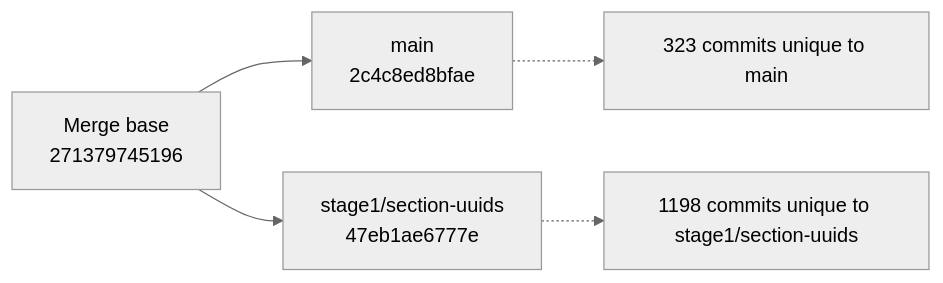
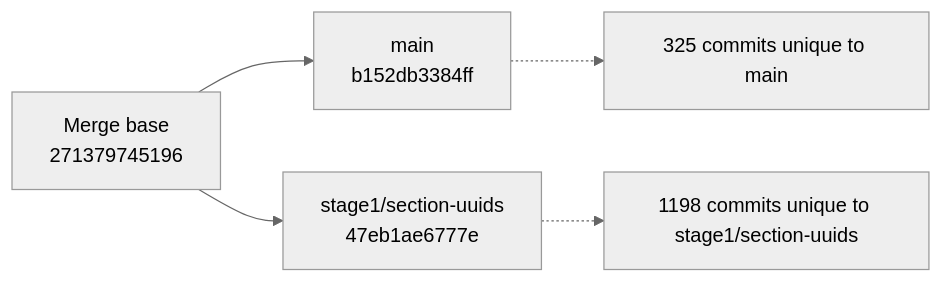
The diagram in branch-graphify-results/latest/git-lineage.mmd (snoopdock/Finite_element_analysis_project), drawn with Mermaid (neutral theme) before and after one commit. The commit also changed 10 other files, not shown here.

Commit message:
Update Graphify branch analysis [skip ci]

```diff
--- a/branch-graphify-results/latest/git-lineage.mmd
+++ b/branch-graphify-results/latest/git-lineage.mmd
@@ -1,10 +1,10 @@
 flowchart LR
   MB["Merge base<br/>271379745196"]
-  B["main<br/>2c4c8ed8bfae"]
+  B["main<br/>b152db3384ff"]
   C["stage1/section-uuids<br/>47eb1ae6777e"]
   MB --> B
   MB --> C
-  B_note["323 commits unique to main"]
+  B_note["325 commits unique to main"]
   C_note["1198 commits unique to stage1/section-uuids"]
   B -.-> B_note
   C -.-> C_note
```
